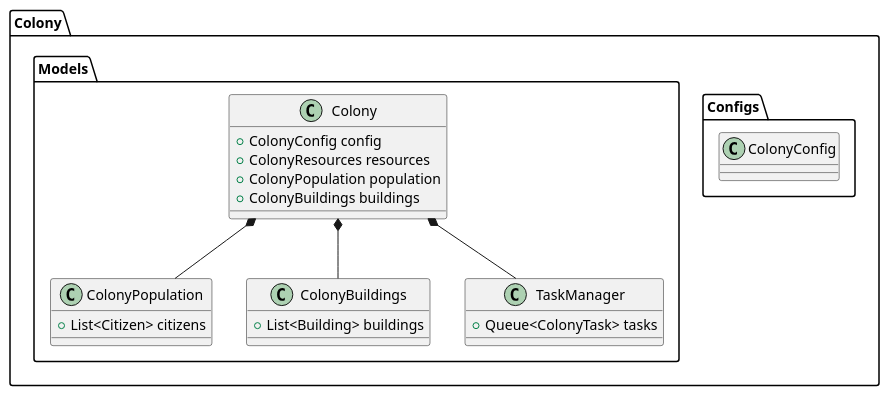
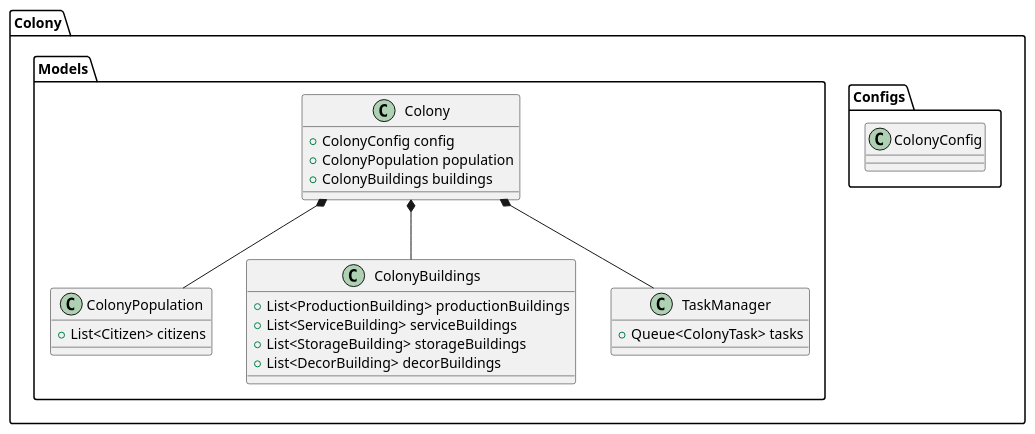
Before and after one commit to minusrep/Pivo-UML: the diagram in Colony/Colony.puml, drawn with PlantUML. The commit also changed 4 other files, not shown here.

```diff
--- a/Colony/Colony.puml
+++ b/Colony/Colony.puml
@@ -1,43 +1,45 @@
 @startuml
 
 package "Colony" 
 {
     
     package "Configs" {
         class ColonyConfig {
         }
     }
 
     package "Models" {
      class Colony 
         {
             +ColonyConfig config
-            +ColonyResources resources
             +ColonyPopulation population
             +ColonyBuildings buildings
         }
         
         class ColonyPopulation 
         {
             +List<Citizen> citizens
         }
         
         class ColonyBuildings 
         {
-            +List<Building> buildings
+            +List<ProductionBuilding> productionBuildings
+            +List<ServiceBuilding> serviceBuildings
+            +List<StorageBuilding> storageBuildings
+            +List<DecorBuilding> decorBuildings
         }
         
         class TaskManager
         {
             +Queue<ColonyTask> tasks
         }
         
         Colony *-- ColonyPopulation
         Colony *-- ColonyBuildings
         Colony *-- TaskManager
     }
 
 }
 
 
 @enduml
```
